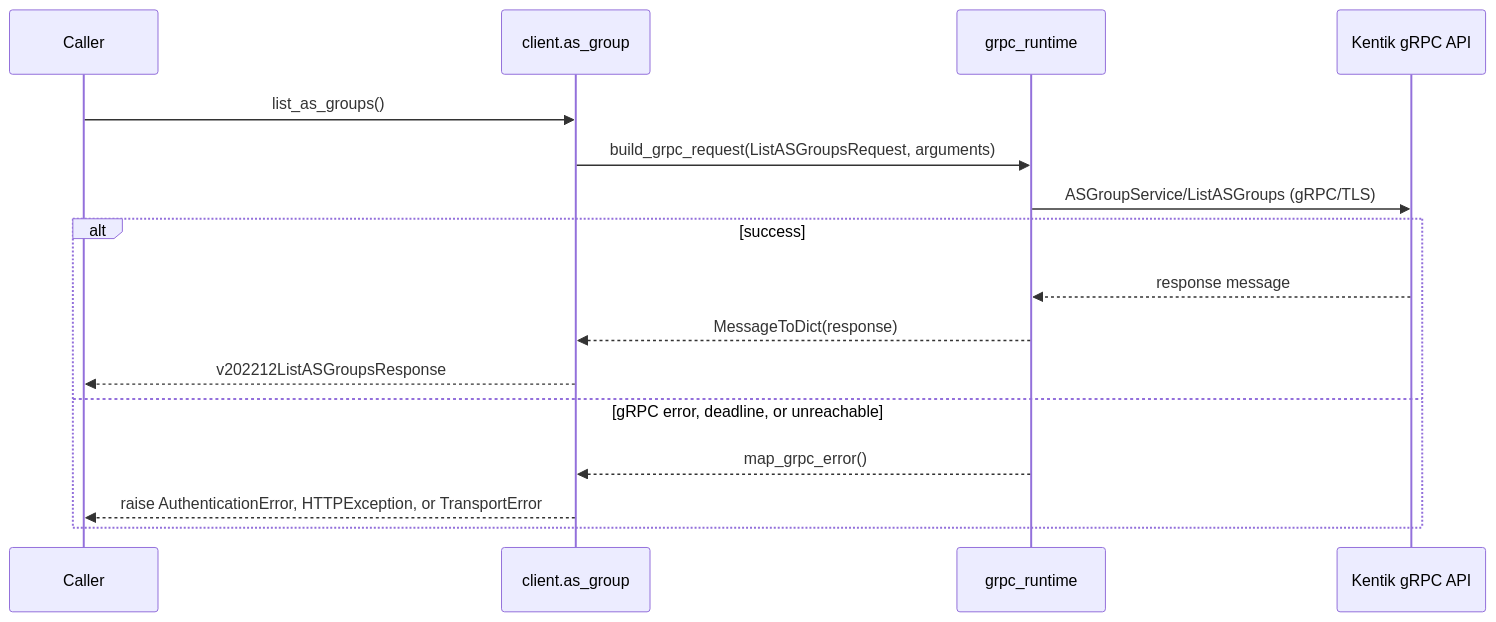
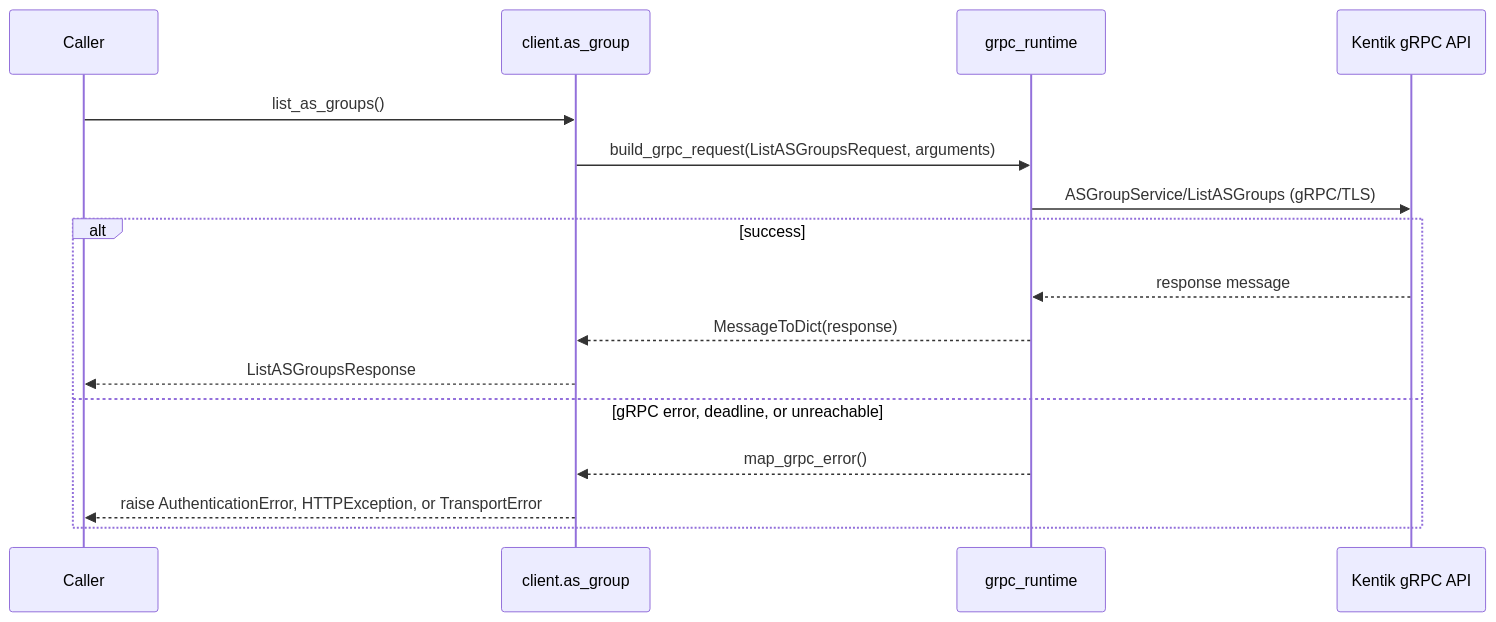
The third of 12 diagrams in docs/sphinx/services/as_group.md (alexdearaujo/community_sdk_python), drawn with Mermaid before and after one commit. The commit also changed other lines of this file and 38 other files, not shown here.

````diff
--- a/docs/sphinx/services/as_group.md
+++ b/docs/sphinx/services/as_group.md
@@ -59,19 +59,19 @@
 ```mermaid
 sequenceDiagram
     participant C as Caller
     participant W as client.as_group
     participant R as grpc_runtime
     participant API as Kentik gRPC API
 
     C->>W: list_as_groups()
     W->>R: build_grpc_request(ListASGroupsRequest, arguments)
     R->>API: ASGroupService/ListASGroups (gRPC/TLS)
     alt success
         API-->>R: response message
         R-->>W: MessageToDict(response)
-        W-->>C: v202212ListASGroupsResponse
+        W-->>C: ListASGroupsResponse
     else gRPC error, deadline, or unreachable
         R-->>W: map_grpc_error()
         W-->>C: raise AuthenticationError, HTTPException, or TransportError
     end
 ```
````
